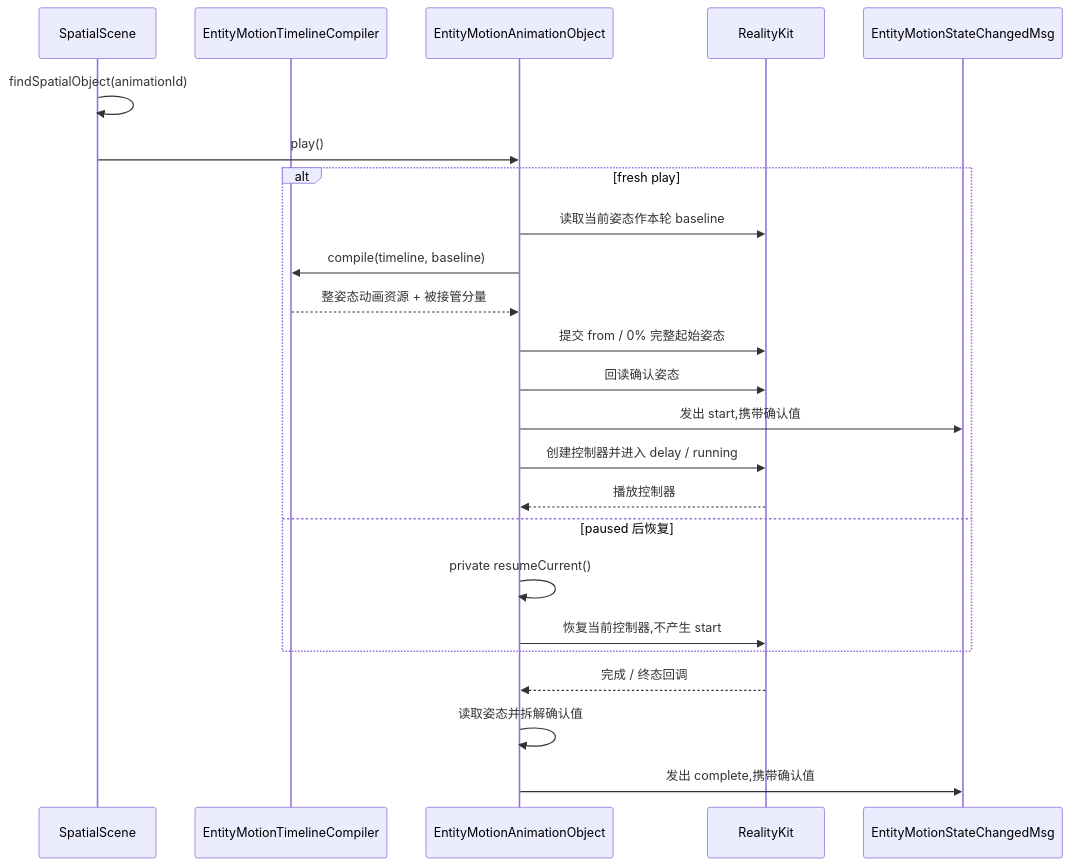
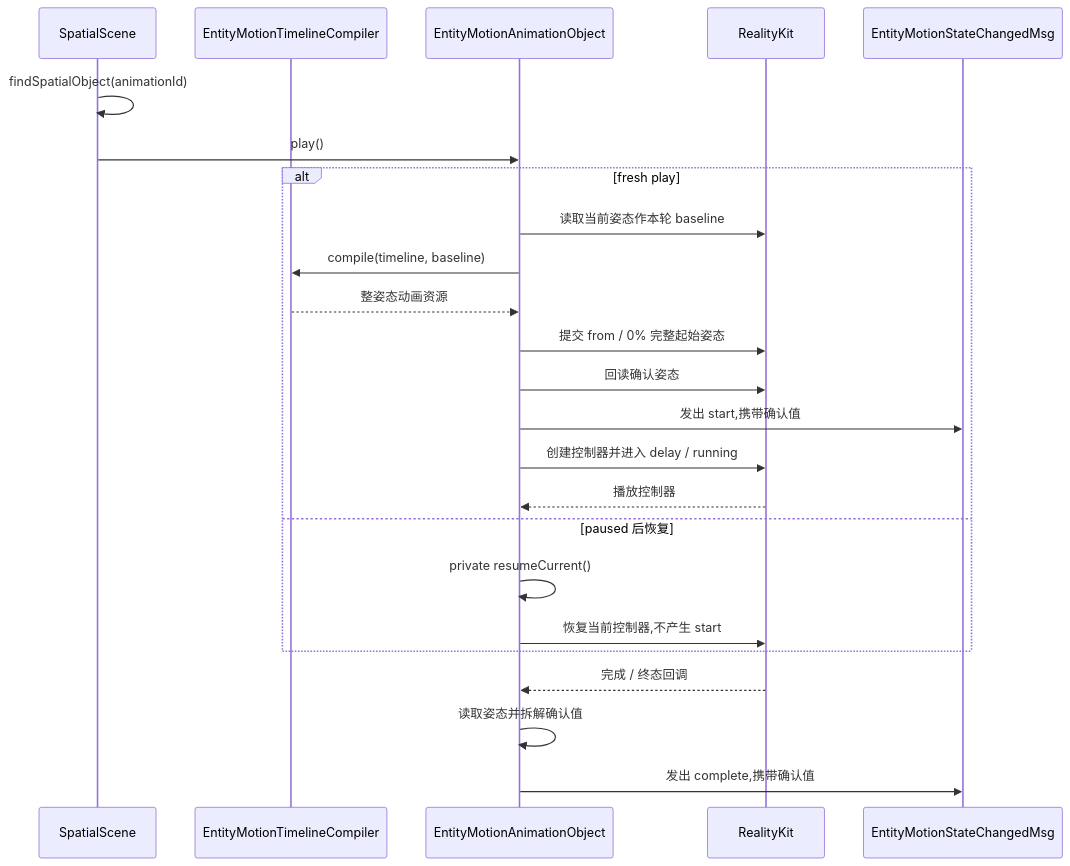
Before and after one commit to webspatial/webspatial-sdk: diagram 11 of 14 in openspec/changes/redesign-entity-motion-api/design.zh.md, drawn with Mermaid. The commit also changed other lines of this file and 7 other files, not shown here.

````diff
--- a/openspec/changes/redesign-entity-motion-api/design.zh.md
+++ b/openspec/changes/redesign-entity-motion-api/design.zh.md
@@ -1009,27 +1008,27 @@
 ```mermaid
 sequenceDiagram
     participant Scene as SpatialScene
     participant Compiler as EntityMotionTimelineCompiler
     participant Obj as EntityMotionAnimationObject
     participant RK as RealityKit
     participant Event as EntityMotionStateChangedMsg
 
     Scene->>Scene: findSpatialObject(animationId)
     Scene->>Obj: play()
     alt fresh play
         Obj->>RK: 读取当前姿态作本轮 baseline
         Obj->>Compiler: compile(timeline, baseline)
-        Compiler-->>Obj: 整姿态动画资源 + 被接管分量
+        Compiler-->>Obj: 整姿态动画资源
         Obj->>RK: 提交 from / 0% 完整起始姿态
         Obj->>RK: 回读确认姿态
         Obj->>Event: 发出 start,携带确认值
         Obj->>RK: 创建控制器并进入 delay / running
         RK-->>Obj: 播放控制器
     else paused 后恢复
         Obj->>Obj: private resumeCurrent()
         Obj->>RK: 恢复当前控制器,不产生 start
     end
     RK-->>Obj: 完成 / 终态回调
     Obj->>Obj: 读取姿态并拆解确认值
     Obj->>Event: 发出 complete,携带确认值
 ```
````
